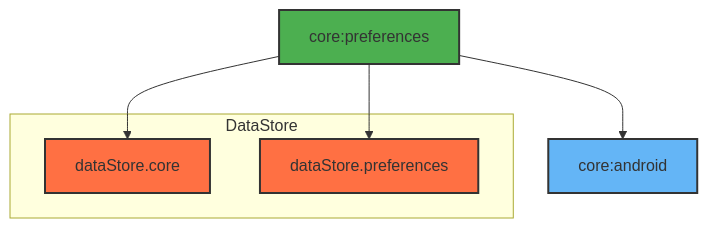
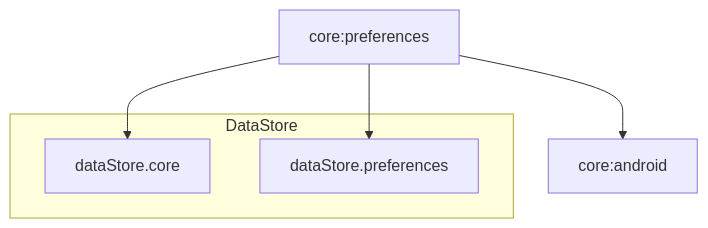
The diagram in core/preferences/README.md (atick-faisal/Jetpack-Android-Starter), drawn with Mermaid before and after one commit. The commit also changed 31 other files, not shown here.

````diff
--- a/core/preferences/README.md
+++ b/core/preferences/README.md
@@ -175,16 +175,11 @@
 ```mermaid
 graph TD
     A[core:preferences] --> B[core:android]
     A --> C[dataStore.core]
     A --> D[dataStore.preferences]
 
     subgraph "DataStore"
         C
         D
     end
-
-    style A fill: #4CAF50, stroke: #333, stroke-width: 2px
-    style B fill: #64B5F6, stroke: #333, stroke-width: 2px
-    style C fill: #FF7043, stroke: #333, stroke-width: 2px
-    style D fill: #FF7043, stroke: #333, stroke-width: 2px
 ```
````
